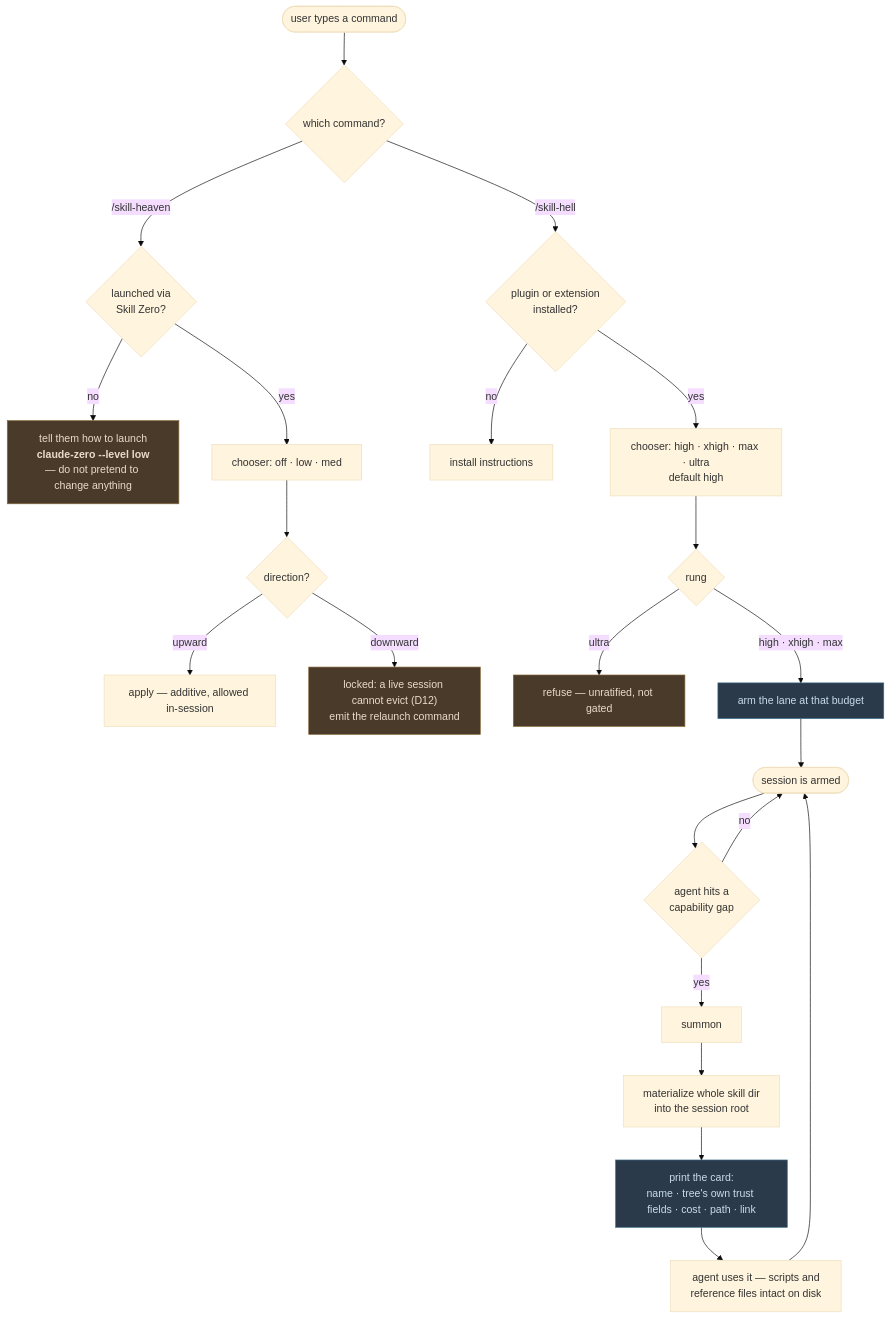
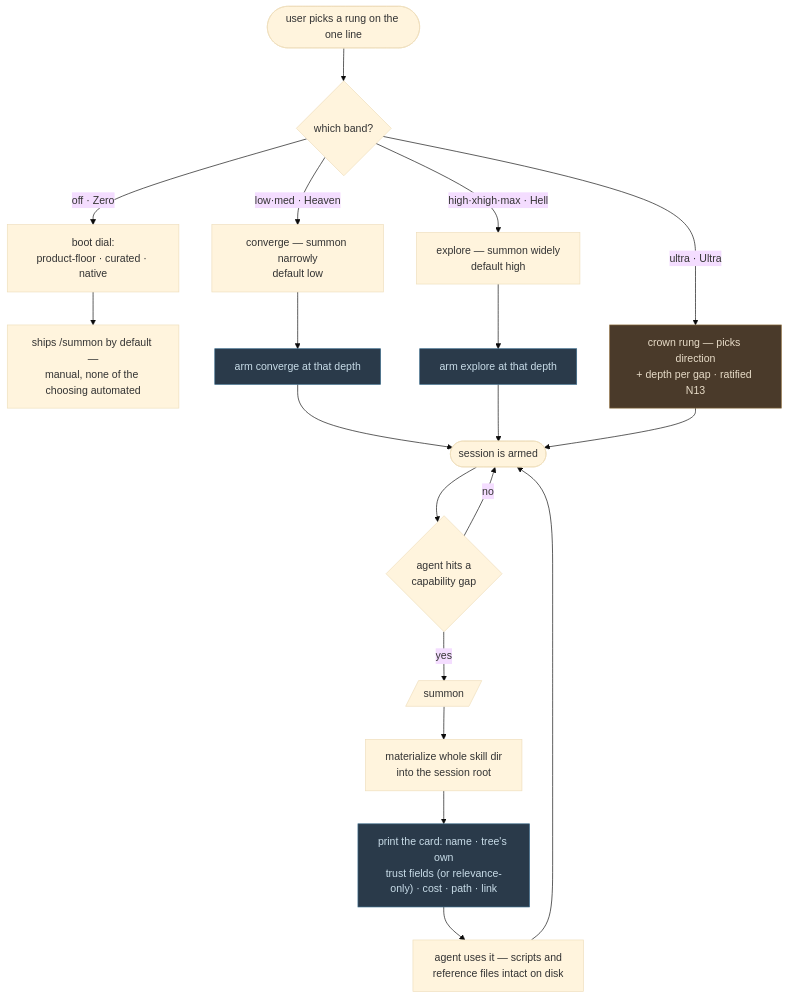
Before and after one commit to gaia-research/gaia-skill-heaven: the diagram in docs/LADDER-FLOW.md, drawn with Mermaid (base theme). The commit also changed other lines of this file and 267 other files, not shown here.

````diff
--- a/docs/LADDER-FLOW.md
+++ b/docs/LADDER-FLOW.md
@@ -57,34 +103,32 @@
 ```mermaid
 flowchart TD
-    A([user types a command]) --> B{which command?}
+    A([user picks a rung on the one line]) --> B{which band?}
 
-    B -->|/skill-heaven| C{launched via<br/>Skill Zero?}
-    C -->|no| D["`tell them how to launch<br/>**claude-zero --level low**<br/>— do not pretend to change anything`"]
-    C -->|yes| E[chooser: off · low · med]
-    E --> F{direction?}
-    F -->|upward| G[apply — additive, allowed in-session]
-    F -->|downward| H["`locked: a live session cannot evict (D12)<br/>emit the relaunch command`"]
+    B -->|off · Zero| Z[boot dial:<br/>product-floor · curated · native]
+    Z --> Z2["`ships /summon by default —<br/>manual, none of the choosing automated`"]
 
-    B -->|/skill-hell| I{plugin or extension<br/>installed?}
-    I -->|no| J[install instructions]
-    I -->|yes| K[chooser: high · xhigh · max · ultra<br/>default high]
-    K --> L{rung}
-    L -->|ultra| M[refuse — unratified, not gated]
-    L -->|high · xhigh · max| N[arm the lane at that budget]
+    B -->|low·med · Heaven| E["`converge — summon narrowly<br/>default low`"]
+    E --> F[arm converge at that depth]
 
-    N --> O([session is armed])
+    B -->|high·xhigh·max · Hell| K["`explore — summon widely<br/>default high`"]
+    K --> L[arm explore at that depth]
+
+    B -->|ultra · Ultra| U["`crown rung — picks direction<br/>+ depth per gap · ratified N13`"]
+
+    F --> O([session is armed])
+    L --> O
+    U --> O
     O --> P{agent hits a<br/>capability gap}
-    P -->|yes| Q[summon]
+    P -->|yes| Q[/summon/]
     P -->|no| O
 
     Q --> R[materialize whole skill dir<br/>into the session root]
-    R --> S[print the card:<br/>name · tree's own trust fields · cost · path · link]
+    R --> S["`print the card: name · tree's own<br/>trust fields (or relevance-only) · cost · path · link`"]
     S --> T[agent uses it — scripts and<br/>reference files intact on disk]
     T --> O
 
-    style D fill:#4a3a2a,stroke:#8a6a3a,color:#e8dcc8
-    style H fill:#4a3a2a,stroke:#8a6a3a,color:#e8dcc8
-    style M fill:#4a3a2a,stroke:#8a6a3a,color:#e8dcc8
-    style N fill:#2a3a4a,stroke:#3a6a8a,color:#c8dce8
+    style U fill:#4a3a2a,stroke:#8a6a3a,color:#e8dcc8
+    style F fill:#2a3a4a,stroke:#3a6a8a,color:#c8dce8
+    style L fill:#2a3a4a,stroke:#3a6a8a,color:#c8dce8
     style S fill:#2a3a4a,stroke:#3a6a8a,color:#c8dce8
 ```
````
